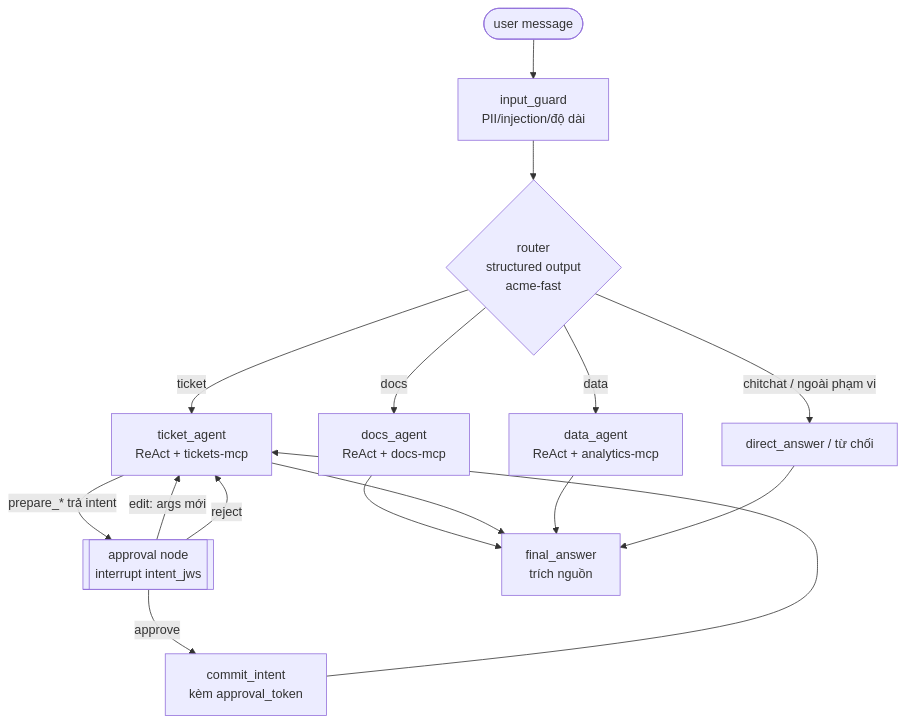
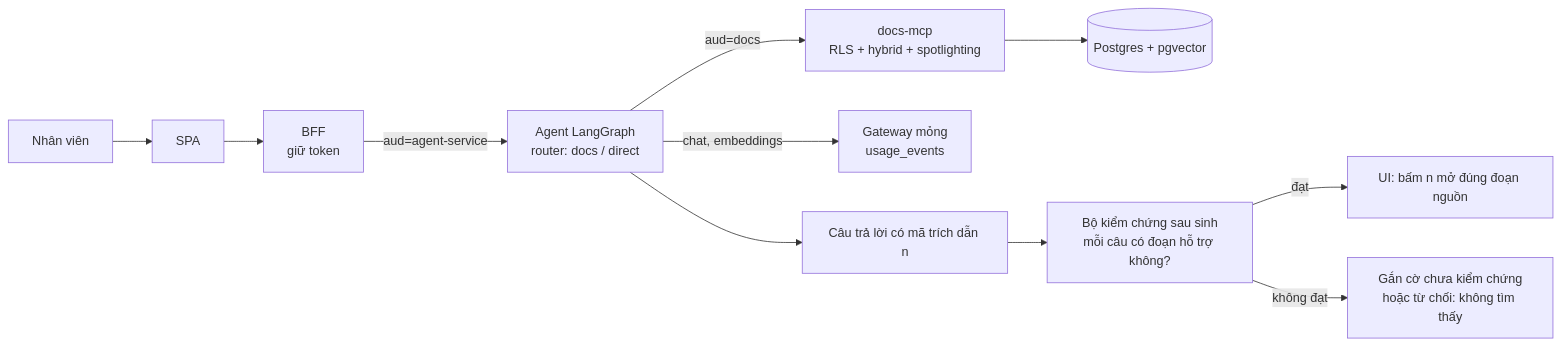
Before and after one commit to giangkh1908/Countersign: the diagram in docs/SOLUTION.md, drawn with Mermaid. The commit also changed other lines of this file and 15 other files, not shown here.

First line of the commit message:
docs: viết lại tài liệu theo phạm vi ADR-006 (SOLUTION v2.0, thiết kế 08 RAG trích dẫn, README, banner phạm vi)

````diff
--- a/docs/SOLUTION.md
+++ b/docs/SOLUTION.md
@@ -162,18 +58,12 @@
 ```mermaid
-flowchart TD
-  S([user message]) --> G[input_guard<br/>PII/injection/độ dài]
-  G --> R{router<br/>structured output<br/>acme-fast}
-  R -->|docs| D[docs_agent<br/>ReAct + docs-mcp]
-  R -->|ticket| T[ticket_agent<br/>ReAct + tickets-mcp]
-  R -->|data| A[data_agent<br/>ReAct + analytics-mcp]
-  R -->|chitchat / ngoài phạm vi| C[direct_answer / từ chối]
-  T -->|prepare_* trả intent| H[[approval node<br/>interrupt intent_jws]]
-  H -->|approve| X[commit_intent<br/>kèm approval_token]
-  H -->|edit: args mới| T
-  H -->|reject| T
-  X --> T
-  D --> F[final_answer<br/>trích nguồn]
-  T --> F
-  A --> F
-  C --> F
+flowchart LR
+  U[Nhân viên] --> SPA[SPA] --> BFF[BFF<br/>giữ token]
+  BFF -->|aud=agent-service| AG[Agent LangGraph<br/>router: docs / direct]
+  AG -->|aud=docs| MCP[docs-mcp<br/>RLS + hybrid + spotlighting]
+  MCP --> PG[(Postgres + pgvector)]
+  AG -->|chat, embeddings| GW[Gateway mỏng<br/>usage_events]
+  AG --> ANS[Câu trả lời có mã trích dẫn n]
+  ANS --> VER[Bộ kiểm chứng sau sinh<br/>mỗi câu có đoạn hỗ trợ không?]
+  VER -->|đạt| UI[UI: bấm n mở đúng đoạn nguồn]
+  VER -->|không đạt| FLAG[Gắn cờ chưa kiểm chứng<br/>hoặc từ chối: không tìm thấy]
 ```
````
